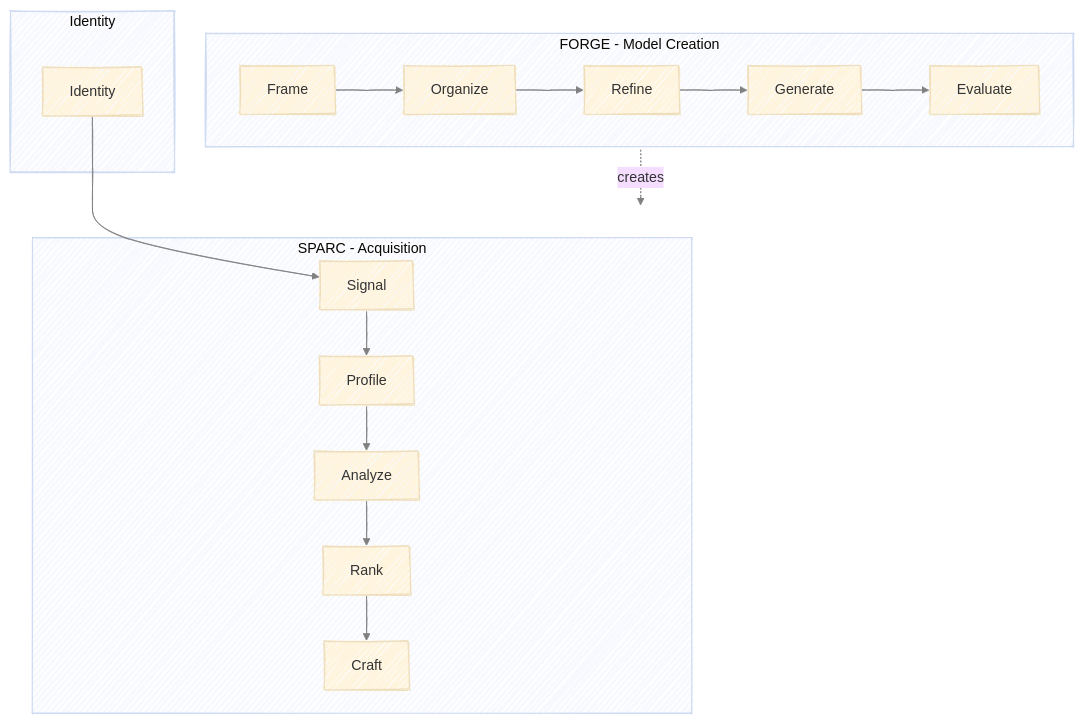
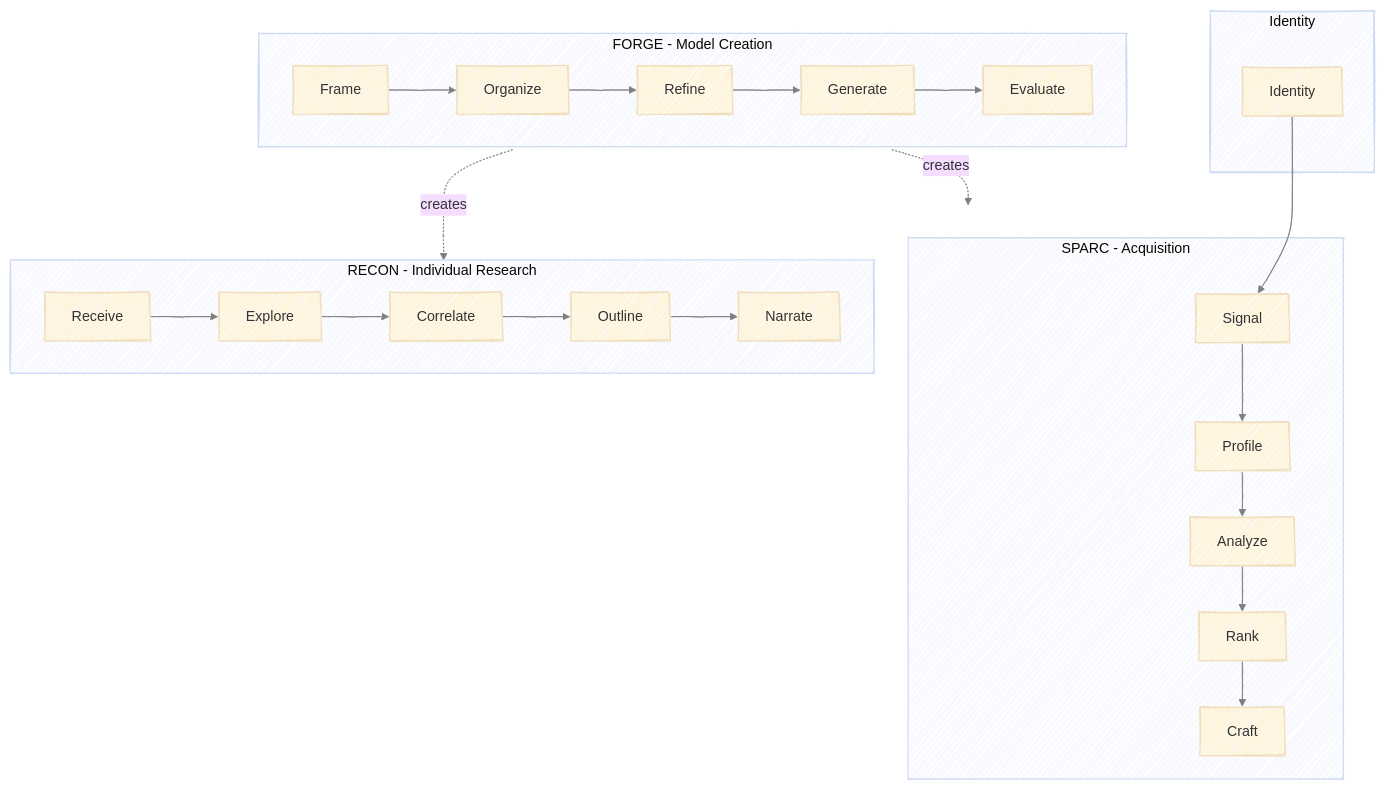
One commit to athrael-soju/framework-generator changed the diagram in docs/overview.md. Above: the diagram before and after it, drawn with Mermaid. The commit also changed other lines of this file and 10 other files, not shown here.

Commit message:
Implement RECON model stages: Receive, Explore, Correlate, Outline, and Narrate. Add documentation and execution guides for individual research framework.

````diff
--- a/docs/overview.md
+++ b/docs/overview.md
@@ -7,31 +7,39 @@
 ```mermaid
 ---
 config:
   layout: dagre
   look: handDrawn
   theme: base
   themeVariables:
     lineColor: gray
 ---
 flowchart TB
     subgraph Foundation ["Identity"]
         Identity["Identity"]
     end
 
     subgraph SPARC ["SPARC - Acquisition"]
         S["Signal"] --> P["Profile"]
         P --> A["Analyze"]
         A --> R["Rank"]
         R --> C["Craft"]
     end
 
+    subgraph RECON ["RECON - Individual Research"]
+        Rc["Receive"] --> Ex["Explore"]
+        Ex --> Co["Correlate"]
+        Co --> Ou["Outline"]
+        Ou --> Na["Narrate"]
+    end
+
     subgraph FORGE ["FORGE - Model Creation"]
         Fr["Frame"] --> O["Organize"]
         O --> Re["Refine"]
         Re --> G["Generate"]
         G --> E["Evaluate"]
     end
 
     Identity --> S
     FORGE -.-> |creates| SPARC
+    FORGE -.-> |creates| RECON
 ```
````
